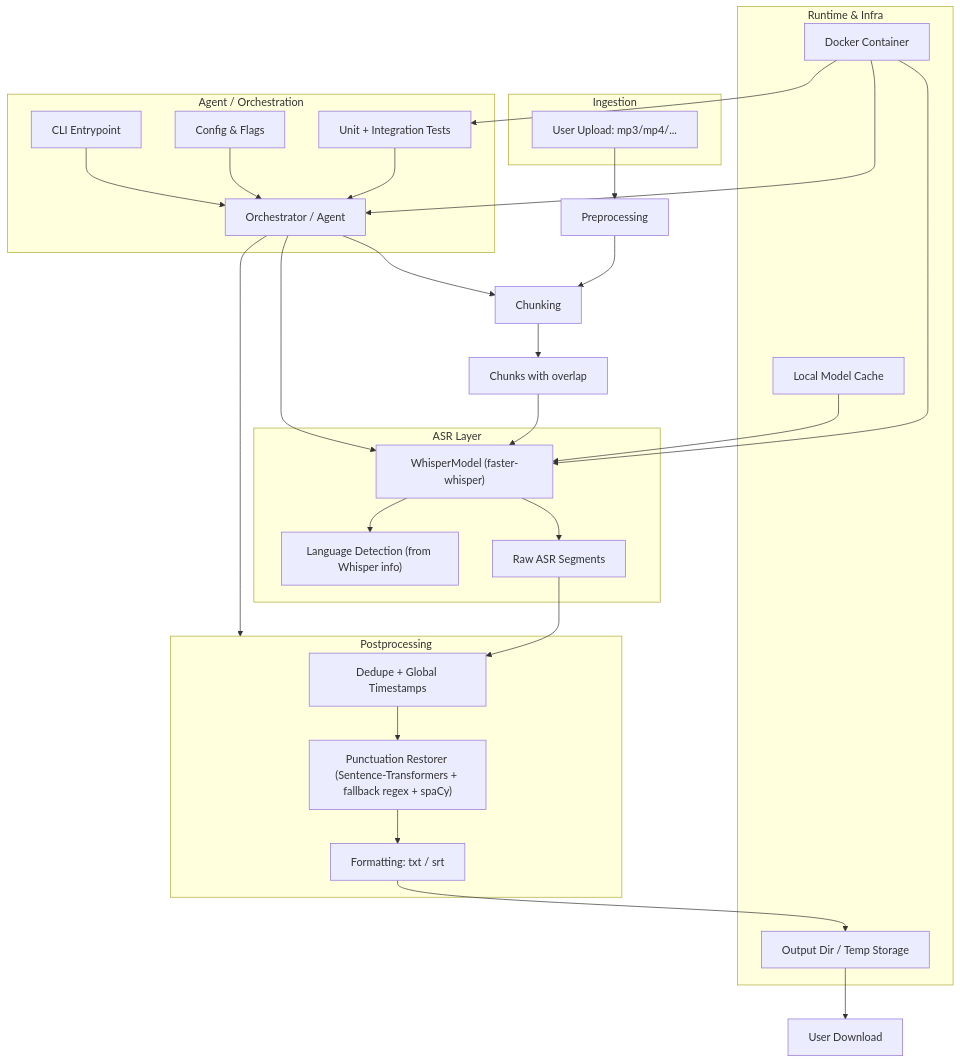
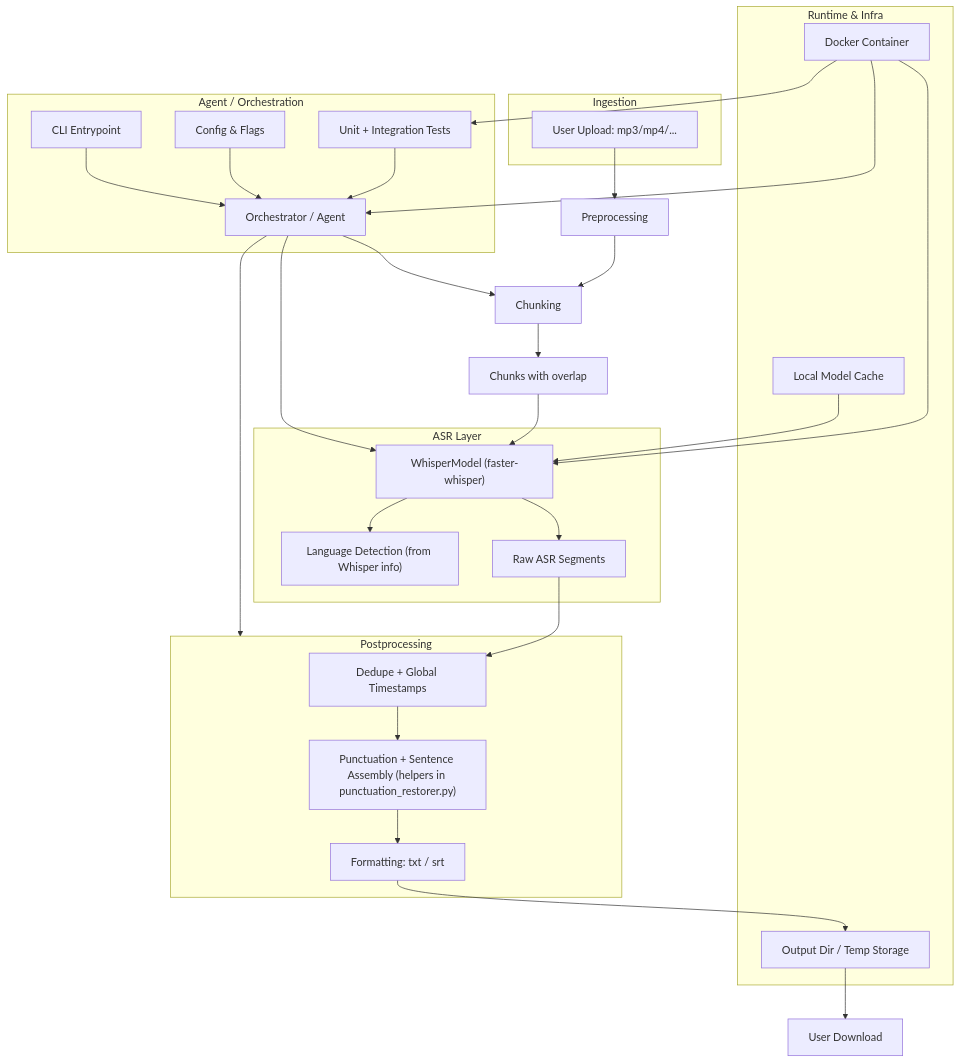
One commit to algernon725/podscripter changed the diagram in ARCHITECTURE.md. Above: the diagram before and after it, drawn with Mermaid. The commit also changed other lines of this file and 1 other file, not shown here.

````diff
--- a/ARCHITECTURE.md
+++ b/ARCHITECTURE.md
@@ -30,54 +30,54 @@
 ```mermaid
 flowchart TD
   subgraph infra["Runtime & Infra"]
     Dock["Docker Container"]
     ModelCache["Local Model Cache"]
     Storage["Output Dir / Temp Storage"]
   end
 
   subgraph ingestion["Ingestion"]
     Upload["User Upload: mp3/mp4/..."]
   end
 
   Upload --> Pre["Preprocessing"]
 
   Pre --> Chunking["Chunking"]
   Chunking --> Chunks["Chunks with overlap"]
 
   subgraph asr["ASR Layer"]
     FW["WhisperModel (faster-whisper)"]
     LangDetect["Language Detection (from Whisper info)"]
     ASRraw["Raw ASR Segments"]
   end
   Chunks --> FW
   FW --> ASRraw
   FW --> LangDetect
 
   subgraph post["Postprocessing"]
     Dedup["Dedupe + Global Timestamps"]
-    Punct["Punctuation Restorer (Sentence-Transformers + fallback regex + spaCy)"]
+    Punct["Punctuation + Sentence Assembly (helpers in punctuation_restorer.py)"]
     Format["Formatting: txt / srt"]
   end
 
   ASRraw --> Dedup --> Punct --> Format --> Storage
 
   subgraph agent["Agent / Orchestration"]
     CLI["CLI Entrypoint"]
     Orch["Orchestrator / Agent"]
     Config["Config & Flags"]
     Tests["Unit + Integration Tests"]
   end
 
   Dock --> FW
   Dock --> Orch
   Dock --> Tests
   ModelCache --> FW
   Config --> Orch
   CLI --> Orch
   Orch --> Chunking
   Orch --> FW
   Orch --> post
   Tests --> Orch
 
   Storage --> User["User Download"]
 ```
````
